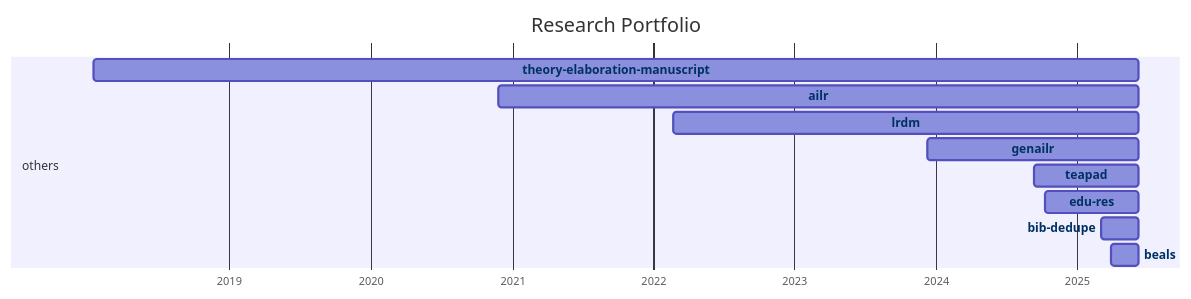
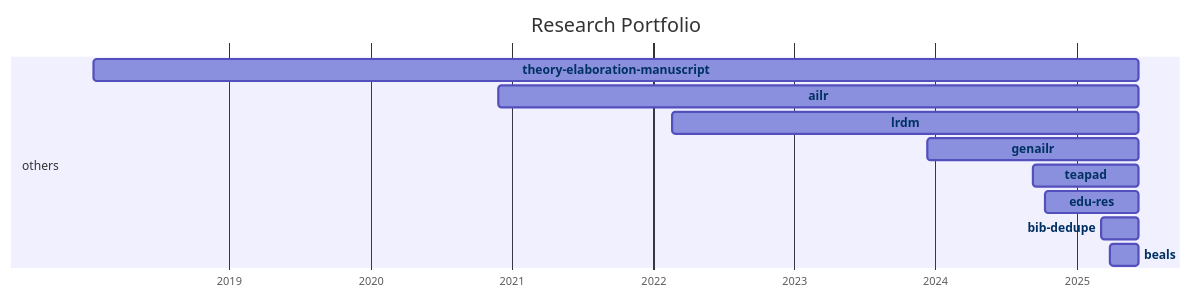
The diagram in docs/20-research/25-projects-gantt.md (digital-work-lab/handbook), drawn with Mermaid before and after one commit.

Commit message:
Update repository overview

````diff
--- a/docs/20-research/25-projects-gantt.md
+++ b/docs/20-research/25-projects-gantt.md
@@ -8,35 +8,35 @@
 ```mermaid
 ---
 displayMode: compact
 ---
 gantt
 title Research Portfolio
 dateFormat YYYY-MM-DD
 axisFormat %Y
 
     section work_practices
 
     section distributed_organizing
 
     section knowledge_synthesis
 
     section others
-        beals :beals, 2025-03-28, 2025-06-08
-        bib-dedupe :bib-dedupe, 2025-03-04, 2025-06-08
-        edu-res :edu-res, 2024-10-10, 2025-06-08
-        teapad :teapad, 2024-09-10, 2025-06-08
-        genailr :genailr, 2023-12-10, 2025-06-08
-        lrdm :lrdm, 2022-02-20, 2025-06-08
-        ailr :ailr, 2020-11-26, 2025-06-08
-        theory-elaboration-manuscript :theory-elaboration-manuscript, 2018-01-15, 2025-06-08
+        beals :beals, 2025-03-28, 2025-06-09
+        bib-dedupe :bib-dedupe, 2025-03-04, 2025-06-09
+        edu-res :edu-res, 2024-10-10, 2025-06-09
+        teapad :teapad, 2024-09-10, 2025-06-09
+        genailr :genailr, 2023-12-10, 2025-06-09
+        lrdm :lrdm, 2022-02-20, 2025-06-09
+        ailr :ailr, 2020-11-26, 2025-06-09
+        theory-elaboration-manuscript :theory-elaboration-manuscript, 2018-01-15, 2025-06-09
 
 
     click beals href "{{ site.baseurl }}/docs/20-research/25-projects/_repos/beals"
     click bib-dedupe href "{{ site.baseurl }}/docs/20-research/25-projects/_repos/bib-dedupe"
     click edu-res href "{{ site.baseurl }}/docs/20-research/25-projects/_repos/edu-res"
     click teapad href "{{ site.baseurl }}/docs/20-research/25-projects/_repos/teapad"
     click genailr href "{{ site.baseurl }}/docs/20-research/25-projects/_repos/genailr"
     click lrdm href "{{ site.baseurl }}/docs/20-research/25-projects/_repos/lrdm"
     click ailr href "{{ site.baseurl }}/docs/20-research/25-projects/_repos/ailr"
     click theory-elaboration-manuscript href "{{ site.baseurl }}/docs/20-research/25-projects/_repos/theory-elaboration-manuscript"
 ```
````
